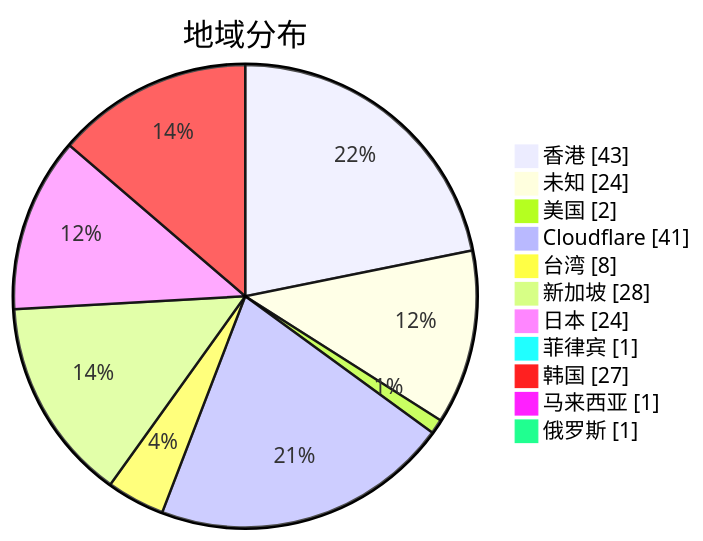
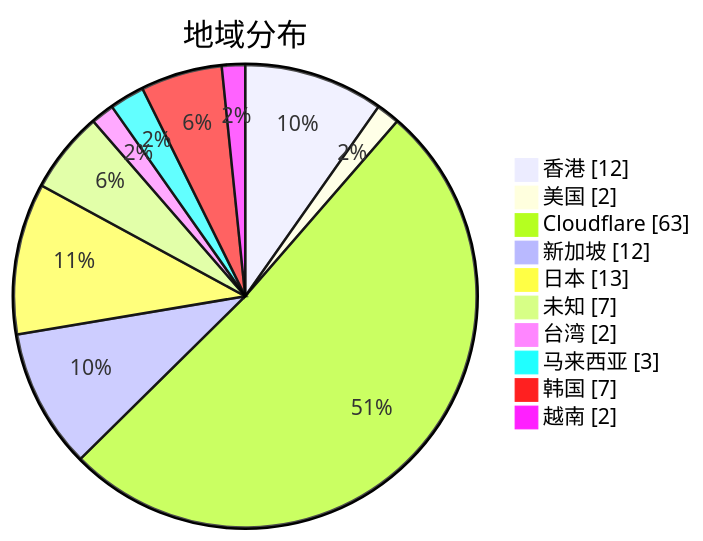
Before and after one commit to qjlxg/airport: the second of 3 diagrams in subs/statistics/tested_within.md, drawn with Mermaid. The commit also changed other lines of this file and 2 other files, not shown here.

Commit message:
Tested by metaST

````diff
--- a/subs/statistics/tested_within.md
+++ b/subs/statistics/tested_within.md
@@ -12,15 +11,14 @@
 ```mermaid
 pie showData
 title 地域分布
-"香港" : 43
-"未知" : 24
+"香港" : 12
 "美国" : 2
-"Cloudflare" : 41
-"台湾" : 8
-"新加坡" : 28
-"日本" : 24
-"菲律宾" : 1
-"韩国" : 27
-"马来西亚" : 1
-"俄罗斯" : 1
+"Cloudflare" : 63
+"新加坡" : 12
+"日本" : 13
+"未知" : 7
+"台湾" : 2
+"马来西亚" : 3
+"韩国" : 7
+"越南" : 2
 ```
````
